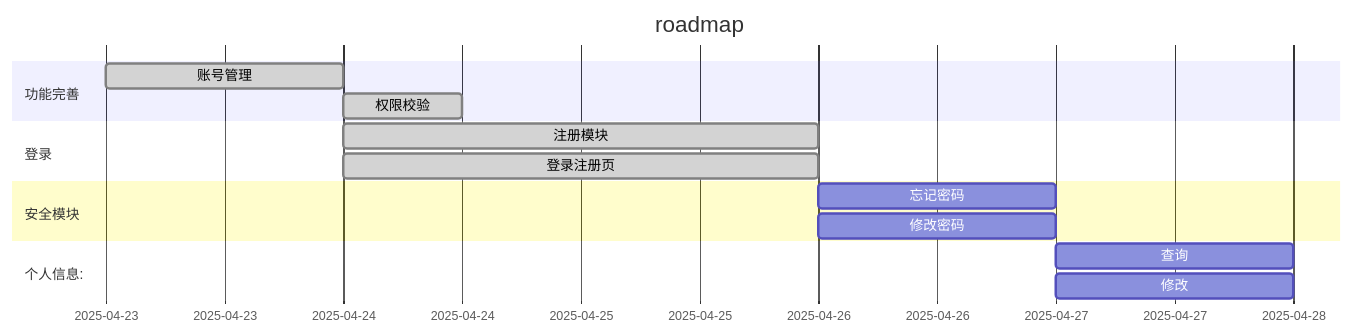
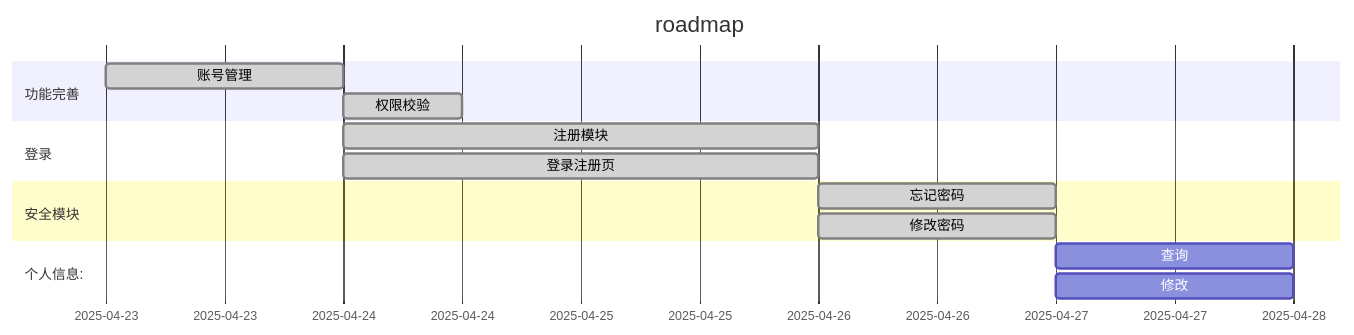
Before and after one commit to TeamVastsea/vastsea-sso-frontend: the diagram in README.md, drawn with Mermaid. The commit also changed 1 other file, not shown here.

Commit message:
doc: update roadmap

````diff
--- a/README.md
+++ b/README.md
@@ -43,17 +43,17 @@
 ```mermaid
 gantt
     title roadmap
     dateFormat YYYY-MM-DD
     section 功能完善
       账号管理 : done, base, 2025-04-23, 1d
       权限校验 : done, after base, 12h
     section 登录
       注册模块   : done , a2, 2025-04-24,2025-04-26
       登录注册页 : done ,after a2, 2025-04-24,2025-04-26
     section 安全模块
-      忘记密码 : secPwdForget,after a2, 1d
-      修改密码 : secPwdUpdate,after a2, 1d
+      忘记密码 : done, secPwdForget,after a2, 1d
+      修改密码 : done, secPwdUpdate,after a2, 1d
     section 个人信息:
       查询 : profileQuery, after secPwdUpdate, 1d
       修改 : profileUpdate,after secPwdUpdate, 1d
 ```
````
